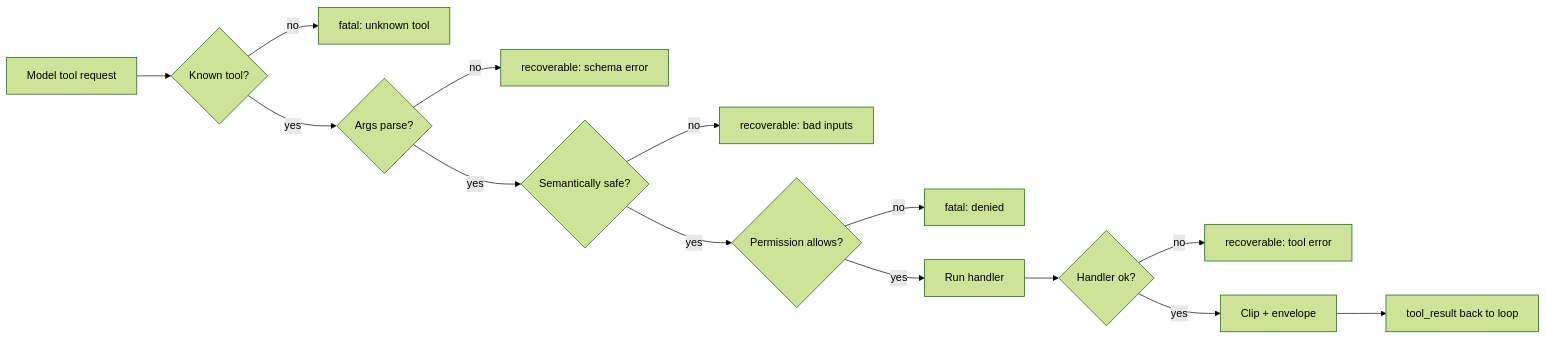
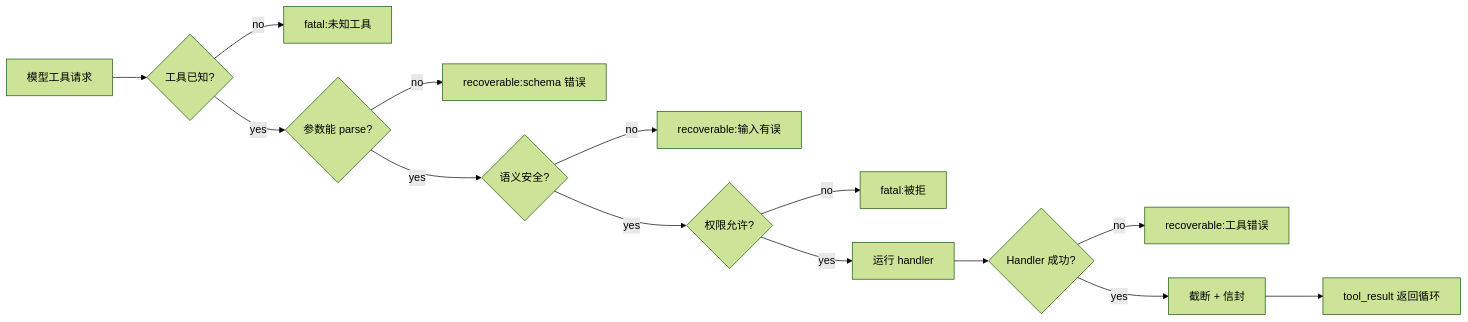
Before and after one commit to ocxers/agentic-ai-system-course-zh: the diagram in course-zh/03-tools-validation.md, drawn with Mermaid (forest theme). The commit also changed 14 other files, not shown here.

````diff
--- a/course-zh/03-tools-validation.md
+++ b/course-zh/03-tools-validation.md
@@ -37,16 +37,16 @@
 ```mermaid
 flowchart LR
-    M["Model tool request"] --> K{"Known tool?"}
-    K -- no --> F1["fatal: unknown tool"]
-    K -- yes --> T{"Args parse?"}
-    T -- no --> R1["recoverable: schema error"]
-    T -- yes --> S{"Semantically safe?"}
-    S -- no --> R2["recoverable: bad inputs"]
-    S -- yes --> P{"Permission allows?"}
-    P -- no --> F2["fatal: denied"]
-    P -- yes --> H["Run handler"]
-    H --> E{"Handler ok?"}
-    E -- no --> R3["recoverable: tool error"]
-    E -- yes --> C["Clip + envelope"]
-    C --> O["tool_result back to loop"]
+    M["模型工具请求"] --> K{"工具已知?"}
+    K -- no --> F1["fatal:未知工具"]
+    K -- yes --> T{"参数能 parse?"}
+    T -- no --> R1["recoverable:schema 错误"]
+    T -- yes --> S{"语义安全?"}
+    S -- no --> R2["recoverable:输入有误"]
+    S -- yes --> P{"权限允许?"}
+    P -- no --> F2["fatal:被拒"]
+    P -- yes --> H["运行 handler"]
+    H --> E{"Handler 成功?"}
+    E -- no --> R3["recoverable:工具错误"]
+    E -- yes --> C["截断 + 信封"]
+    C --> O["tool_result 返回循环"]
 ```
````
